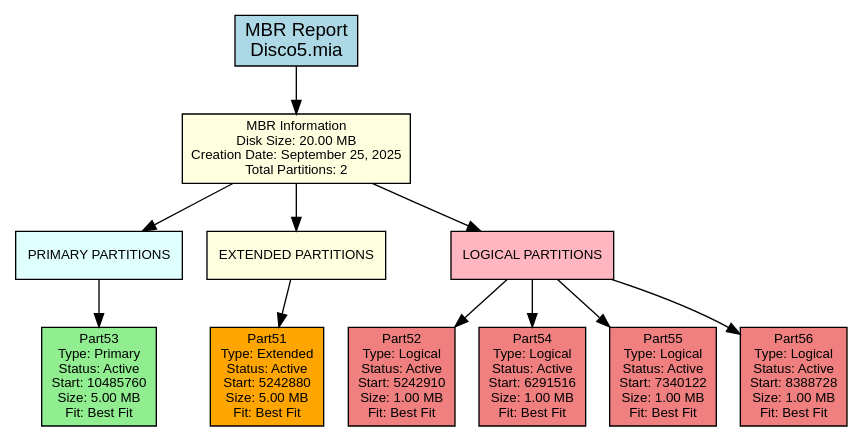
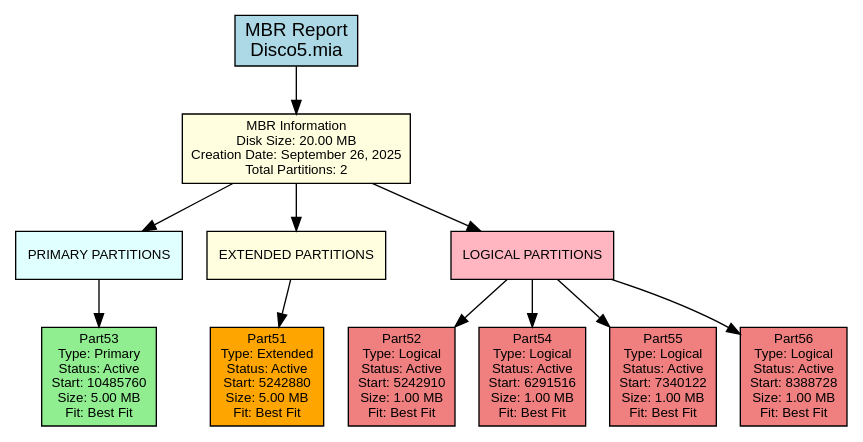
One commit to DiegVas/MIA_2S2025_P2_202300638 changed the diagram in backend/provider/reports/src/mbr_381C.dot. Above: the diagram before and after it, drawn with Graphviz. The commit also changed 15 other files, not shown here.

```diff
--- a/backend/provider/reports/src/mbr_381C.dot
+++ b/backend/provider/reports/src/mbr_381C.dot
@@ -1,34 +1,34 @@
 digraph MBR_Report {
     rankdir=TB;
     node [shape=box, style=filled];
     graph [fontname="Arial", fontsize=12];
     node [fontname="Arial", fontsize=10];
     edge [fontname="Arial"];
 
     title [label="MBR Report\nDisco5.mia", fillcolor=lightblue, fontsize=14];
 
-    mbr_info [label="MBR Information\nDisk Size: 20.00 MB\nCreation Date: September 25, 2025\nTotal Partitions: 2", fillcolor=lightyellow];
+    mbr_info [label="MBR Information\nDisk Size: 20.00 MB\nCreation Date: September 26, 2025\nTotal Partitions: 2", fillcolor=lightyellow];
 
     primary_section [label="PRIMARY PARTITIONS", shape=box, style=filled, fillcolor=lightcyan];
     primary_0 [label="Part53\nType: Primary\nStatus: Active\nStart: 10485760\nSize: 5.00 MB\nFit: Best Fit", fillcolor=lightgreen];
     primary_section -> primary_0;
 
     extended_section [label="EXTENDED PARTITIONS", shape=box, style=filled, fillcolor=lightyellow];
     extended_0 [label="Part51\nType: Extended\nStatus: Active\nStart: 5242880\nSize: 5.00 MB\nFit: Best Fit", fillcolor=orange];
     extended_section -> extended_0;
 
     logical_section [label="LOGICAL PARTITIONS", shape=box, style=filled, fillcolor=lightpink];
     logical_0 [label="Part52\nType: Logical\nStatus: Active\nStart: 5242910\nSize: 1.00 MB\nFit: Best Fit", fillcolor=lightcoral];
     logical_section -> logical_0;
     logical_1 [label="Part54\nType: Logical\nStatus: Active\nStart: 6291516\nSize: 1.00 MB\nFit: Best Fit", fillcolor=lightcoral];
     logical_section -> logical_1;
     logical_2 [label="Part55\nType: Logical\nStatus: Active\nStart: 7340122\nSize: 1.00 MB\nFit: Best Fit", fillcolor=lightcoral];
     logical_section -> logical_2;
     logical_3 [label="Part56\nType: Logical\nStatus: Active\nStart: 8388728\nSize: 1.00 MB\nFit: Best Fit", fillcolor=lightcoral];
     logical_section -> logical_3;
 
     title -> mbr_info;
     mbr_info -> primary_section;
     mbr_info -> extended_section;
     mbr_info -> logical_section;
 }
```
